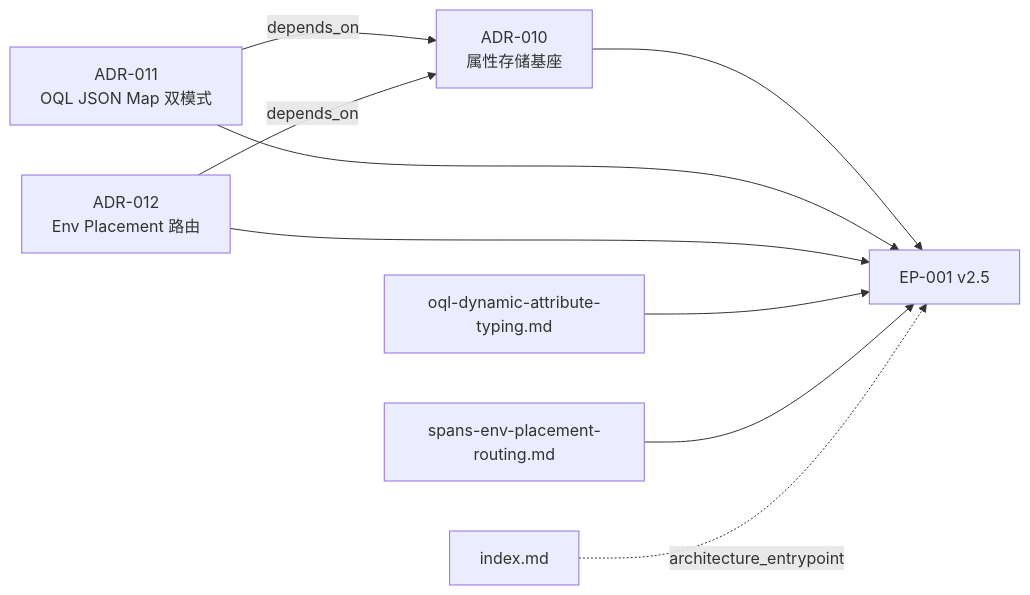
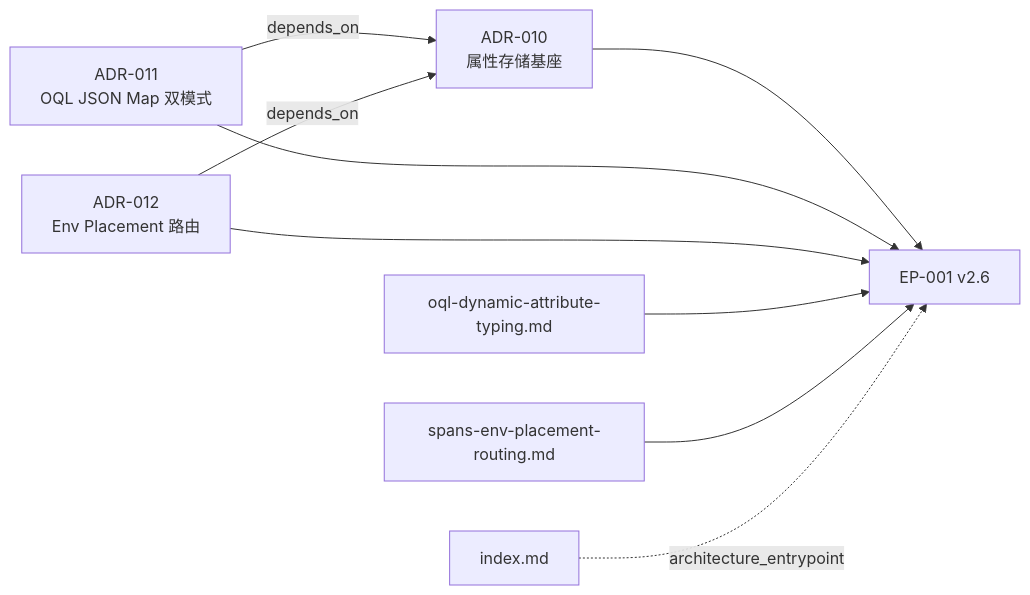
One commit to XiaoWeiKIN/RepoFoundryAI changed the diagram in engineering-execution-plan/examples/architecture-input-set/README.md. Above: the diagram before and after it, drawn with Mermaid. The commit also changed other lines of this file and 26 other files, not shown here.

````diff
--- a/engineering-execution-plan/examples/architecture-input-set/README.md
+++ b/engineering-execution-plan/examples/architecture-input-set/README.md
@@ -18,19 +18,19 @@
 ```mermaid
 flowchart LR
     A10["ADR-010<br/>属性存储基座"]
     A11["ADR-011<br/>OQL JSON Map 双模式"]
     A12["ADR-012<br/>Env Placement 路由"]
     D11["oql-dynamic-attribute-typing.md"]
     D12["spans-env-placement-routing.md"]
     IDX["index.md"]
-    EP["EP-001 v2.5"]
+    EP["EP-001 v2.6"]
 
     A11 -->|"depends_on"| A10
     A12 -->|"depends_on"| A10
     A10 --> EP
     A11 --> EP
     A12 --> EP
     D11 --> EP
     D12 --> EP
     IDX -.->|"architecture_entrypoint"| EP
 ```
````
